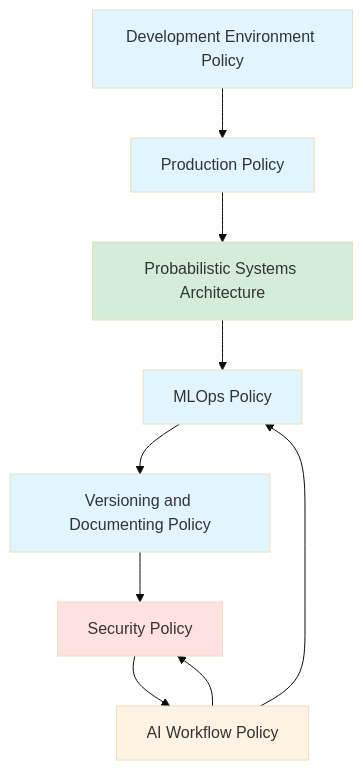
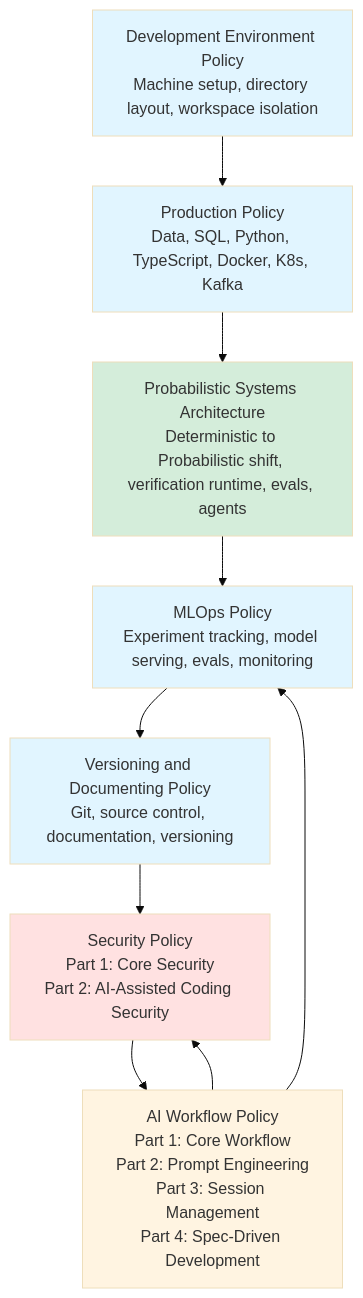
The diagram in README.md (alfonsocruzvelasco/engineering-policies), drawn with Mermaid (base theme) before and after one commit.

Commit message:
Restore detailed policy descriptions in Mermaid diagram with proper syntax

````diff
--- a/README.md
+++ b/README.md
@@ -154,19 +154,19 @@
 ```mermaid
 graph TD
-    A[Development Environment Policy] --> B[Production Policy]
-    B --> G[Probabilistic Systems Architecture]
-    G --> C[MLOps Policy]
-    C --> D[Versioning and Documenting Policy]
-    D --> E[Security Policy]
-    E --> F[AI Workflow Policy]
+    A["Development Environment Policy<br/>Machine setup, directory layout, workspace isolation"] --> B["Production Policy<br/>Data, SQL, Python, TypeScript, Docker, K8s, Kafka"]
+    B --> G["Probabilistic Systems Architecture<br/>Deterministic to Probabilistic shift, verification runtime, evals, agents"]
+    G --> C["MLOps Policy<br/>Experiment tracking, model serving, evals, monitoring"]
+    C --> D["Versioning and Documenting Policy<br/>Git, source control, documentation, versioning"]
+    D --> E["Security Policy<br/>Part 1: Core Security<br/>Part 2: AI-Assisted Coding Security"]
+    E --> F["AI Workflow Policy<br/>Part 1: Core Workflow<br/>Part 2: Prompt Engineering<br/>Part 3: Session Management<br/>Part 4: Spec-Driven Development"]
     F --> C
     F --> E
 
     style A fill:#e1f5ff
     style B fill:#e1f5ff
     style G fill:#d4edda
     style C fill:#e1f5ff
     style D fill:#e1f5ff
     style E fill:#ffe1e1
     style F fill:#fff4e1
 ```
````
